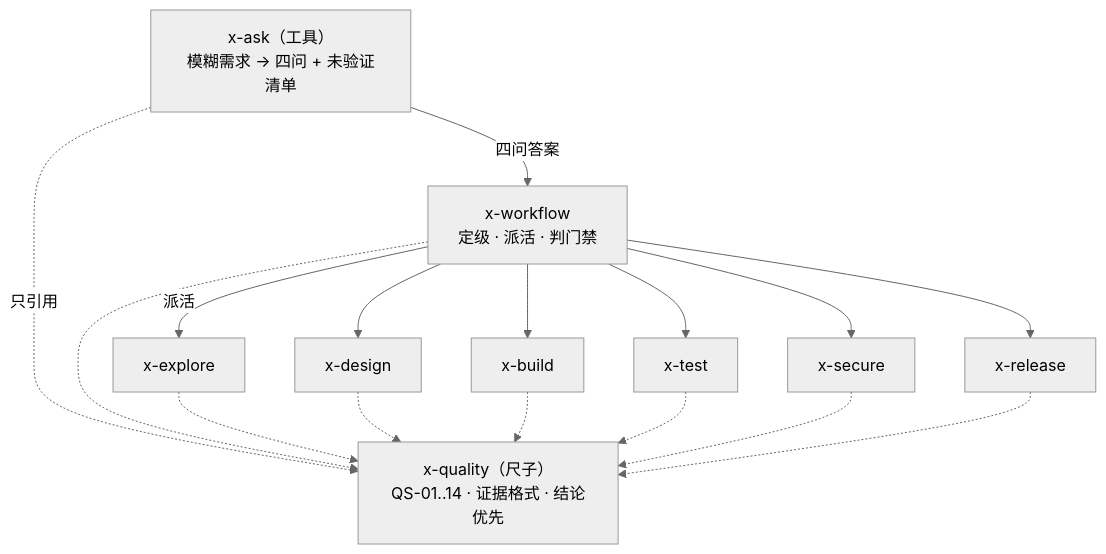
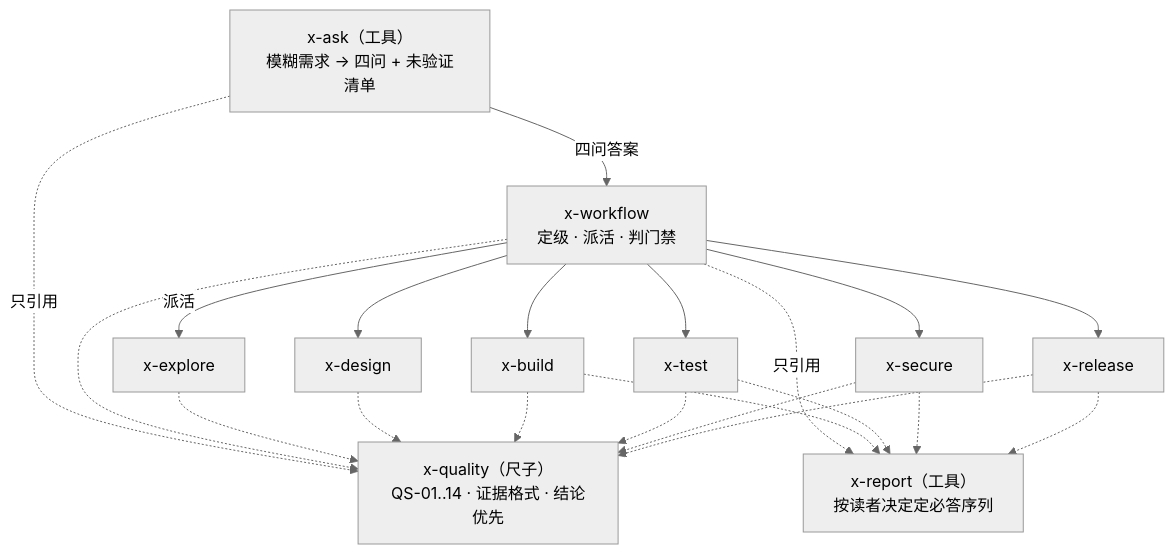
One commit to ech0Ex9/workflow-skill changed the diagram in README.md. Above: the diagram before and after it, drawn with Mermaid (neutral theme). The commit also changed other lines of this file and 7 other files, not shown here.

````diff
--- a/README.md
+++ b/README.md
@@ -29,29 +30,36 @@
 ```mermaid
 flowchart TD
     ASK["x-ask（工具）<br/>模糊需求 → 四问 + 未验证清单"]
     WF["x-workflow<br/>定级 · 派活 · 判门禁"]
     EXP["x-explore"]
     DES["x-design"]
     BLD["x-build"]
     TST["x-test"]
     SEC["x-secure"]
     REL["x-release"]
     Q["x-quality（尺子）<br/>QS-01..14 · 证据格式 · 结论优先"]
+    RPT["x-report（工具）<br/>按读者决定定必答序列"]
 
     ASK -->|"四问答案"| WF
     WF -->|"派活"| EXP
     WF --> DES
     WF --> BLD
     WF --> TST
     WF --> SEC
     WF --> REL
 
     ASK -.->|"只引用"| Q
     WF -.-> Q
     EXP -.-> Q
     DES -.-> Q
     BLD -.-> Q
     TST -.-> Q
     SEC -.-> Q
     REL -.-> Q
+
+    WF -.->|"只引用"| RPT
+    BLD -.-> RPT
+    TST -.-> RPT
+    SEC -.-> RPT
+    REL -.-> RPT
 ```
````
